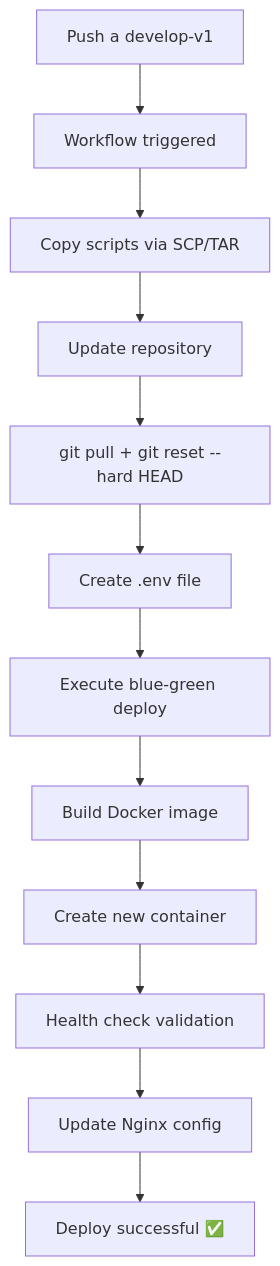
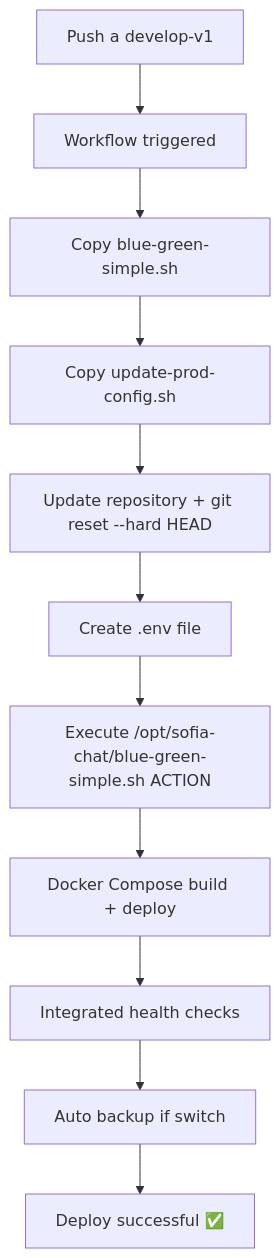
Before and after one commit to ConverxaDevTeam/chat-backend: the diagram in docs/develop-conextion.md, drawn with Mermaid. The commit also changed other lines of this file and 2 other files, not shown here.

First line of the commit message:
Simplify blue-green deployment scripts and docs

````diff
--- a/docs/develop-conextion.md
+++ b/docs/develop-conextion.md
@@ -55,14 +56,13 @@
 ```mermaid
 graph TD
     A[Push a develop-v1] --> B[Workflow triggered]
-    B --> C[Copy scripts via SCP/TAR]
-    C --> D[Update repository]
-    D --> E[git pull + git reset --hard HEAD]
+    B --> C[Copy blue-green-simple.sh]
+    C --> D[Copy update-prod-config.sh]
+    D --> E[Update repository + git reset --hard HEAD]
     E --> F[Create .env file]
-    F --> G[Execute blue-green deploy]
-    G --> H[Build Docker image]
-    H --> I[Create new container]
-    I --> J[Health check validation]
-    J --> K[Update Nginx config]
-    K --> L[Deploy successful ✅]
+    F --> G[Execute /opt/sofia-chat/blue-green-simple.sh ACTION]
+    G --> H[Docker Compose build + deploy]
+    H --> I[Integrated health checks]
+    I --> J[Auto backup if switch]
+    J --> K[Deploy successful ✅]
 ```
````
